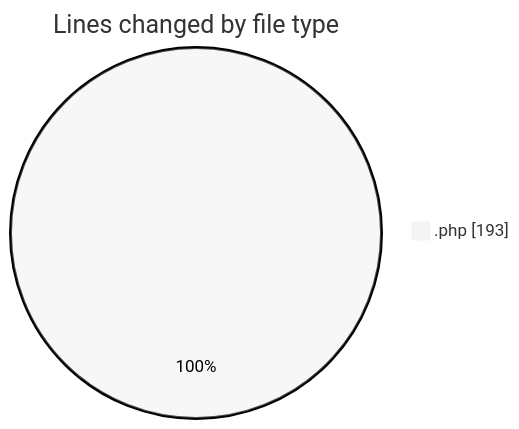
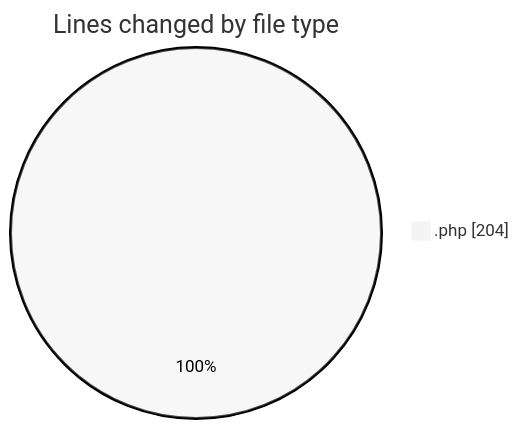
One commit to idhammustaqopulfikri/code-tracking changed the first of 2 diagrams in 2025-03-31/autodidak/README.md. Above: the diagram before and after it, drawn with Mermaid (neutral theme). The commit also changed other lines of this file and 1 other file, not shown here.

````diff
--- a/2025-03-31/autodidak/README.md
+++ b/2025-03-31/autodidak/README.md
@@ -22,5 +22,5 @@
 ```mermaid
 pie showData
 title Lines changed by file type
-".php" : 193
+".php" : 204
 ```
````
